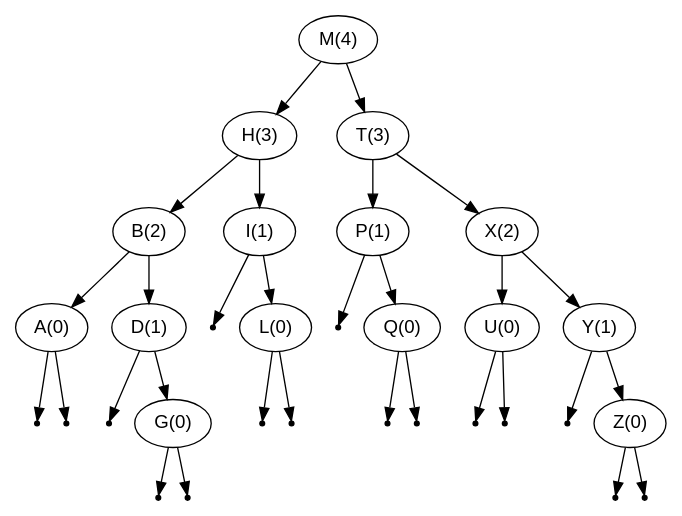
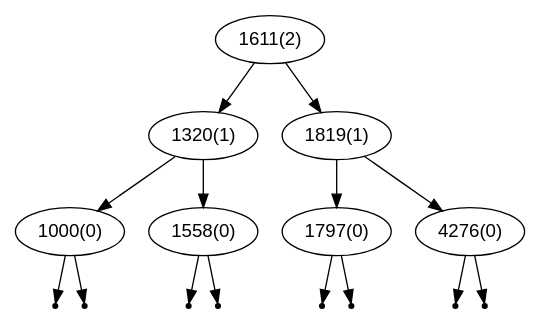
Before and after one commit to jeffknerr/avlbst: the diagram in bst.dot, drawn with Graphviz. The commit also changed 4 other files, not shown here.

```diff
--- a/bst.dot
+++ b/bst.dot
@@ -1,49 +1,25 @@
 digraph BST {
    node [fontname="Arial"];
-   "M(4)" -> "H(3)" ;
-   "H(3)" -> "B(2)" ;
-   "B(2)" -> "A(0)" ;
+   "1611(2)" -> "1320(1)" ;
+   "1320(1)" -> "1000(0)" ;
    null1 [shape=point];
-   "A(0)" -> null1;
+   "1000(0)" -> null1;
    null2 [shape=point];
-   "A(0)" -> null2;
-   "B(2)" -> "D(1)" ;
+   "1000(0)" -> null2;
+   "1320(1)" -> "1558(0)" ;
    null3 [shape=point];
-   "D(1)" -> null3;
-   "D(1)" -> "G(0)" ;
+   "1558(0)" -> null3;
    null4 [shape=point];
-   "G(0)" -> null4;
+   "1558(0)" -> null4;
+   "1611(2)" -> "1819(1)" ;
+   "1819(1)" -> "1797(0)" ;
    null5 [shape=point];
-   "G(0)" -> null5;
-   "H(3)" -> "I(1)" ;
+   "1797(0)" -> null5;
    null6 [shape=point];
-   "I(1)" -> null6;
-   "I(1)" -> "L(0)" ;
+   "1797(0)" -> null6;
+   "1819(1)" -> "4276(0)" ;
    null7 [shape=point];
-   "L(0)" -> null7;
+   "4276(0)" -> null7;
    null8 [shape=point];
-   "L(0)" -> null8;
-   "M(4)" -> "T(3)" ;
-   "T(3)" -> "P(1)" ;
-   null9 [shape=point];
-   "P(1)" -> null9;
-   "P(1)" -> "Q(0)" ;
-   null10 [shape=point];
-   "Q(0)" -> null10;
-   null11 [shape=point];
-   "Q(0)" -> null11;
-   "T(3)" -> "X(2)" ;
-   "X(2)" -> "U(0)" ;
-   null12 [shape=point];
-   "U(0)" -> null12;
-   null13 [shape=point];
-   "U(0)" -> null13;
-   "X(2)" -> "Y(1)" ;
-   null14 [shape=point];
-   "Y(1)" -> null14;
-   "Y(1)" -> "Z(0)" ;
-   null15 [shape=point];
-   "Z(0)" -> null15;
-   null16 [shape=point];
-   "Z(0)" -> null16;
+   "4276(0)" -> null8;
 }
```
